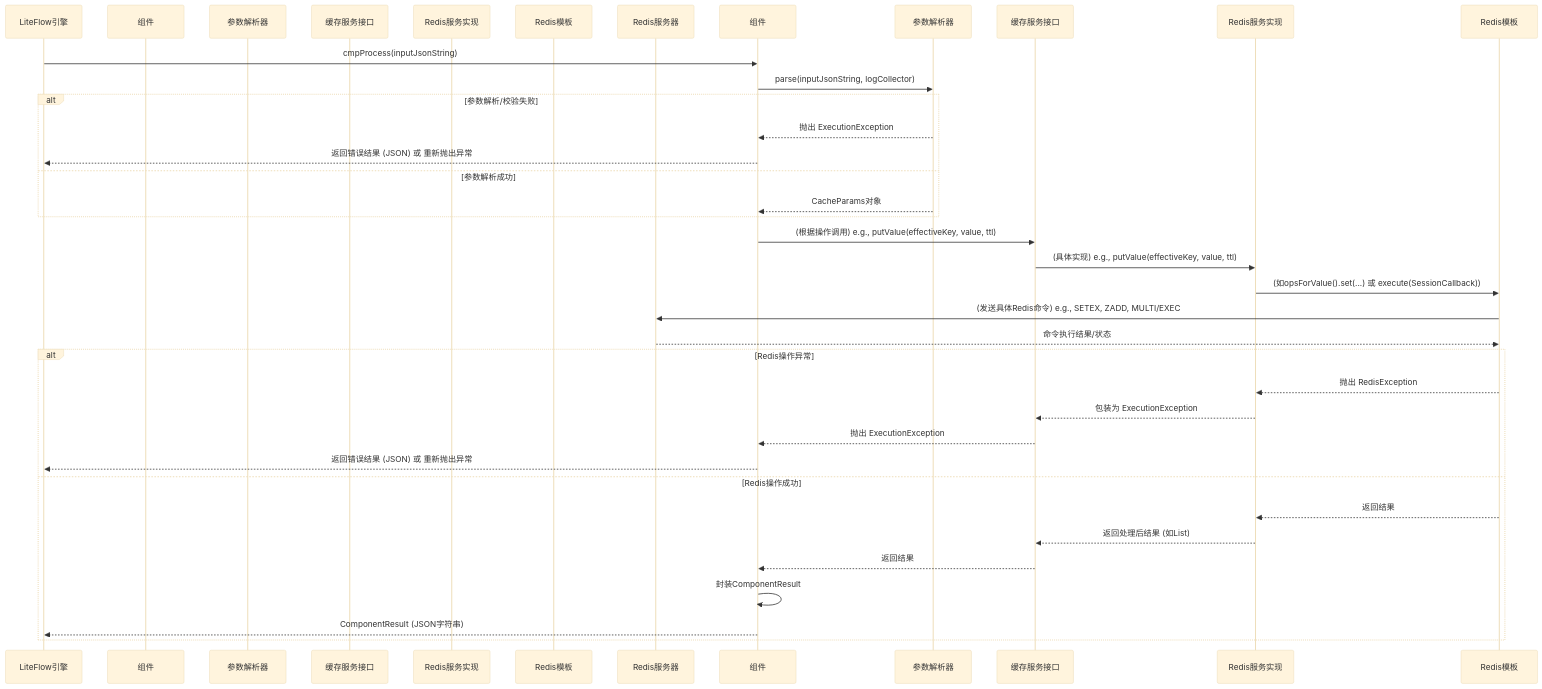
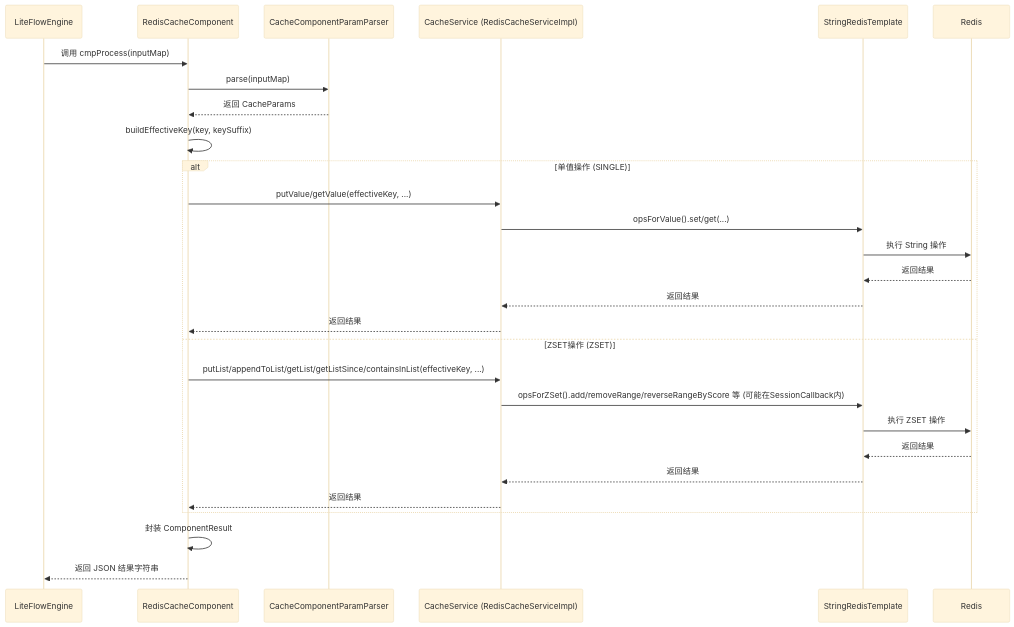
One commit to 415424865/flow-gpt-redis-cache changed the first of 2 diagrams in TECHNICAL_DESIGN_DOCUMENT_CN.md. Above: the diagram before and after it, drawn with Mermaid (base theme). The commit also changed other lines of this file, not shown here.

````diff
--- a/TECHNICAL_DESIGN_DOCUMENT_CN.md
+++ b/TECHNICAL_DESIGN_DOCUMENT_CN.md
@@ -494,36 +349,31 @@
 ```mermaid
 sequenceDiagram
-    participant LiteFlow引擎
-    participant RedisCacheComponent AS 组件
-    participant CacheComponentParamParser AS 参数解析器
-    participant CacheService AS 缓存服务接口
-    participant RedisCacheServiceImpl AS Redis服务实现
-    participant StringRedisTemplate AS Redis模板
-    participant Redis服务器
+    participant LiteFlowEngine
+    participant RedisCacheComponent
+    participant CacheComponentParamParser
+    participant CacheService (RedisCacheServiceImpl)
+    participant StringRedisTemplate
+    participant Redis
 
-    LiteFlow引擎->>组件: cmpProcess(inputJsonString)
-    组件->>参数解析器: parse(inputJsonString, logCollector)
-    alt 参数解析/校验失败
-        参数解析器-->>组件: 抛出 ExecutionException
-        组件-->>LiteFlow引擎: 返回错误结果 (JSON) 或 重新抛出异常
-    else 参数解析成功
-        参数解析器-->>组件: CacheParams对象
+    LiteFlowEngine->>RedisCacheComponent: 调用 cmpProcess(inputMap)
+    RedisCacheComponent->>CacheComponentParamParser: parse(inputMap)
+    CacheComponentParamParser-->>RedisCacheComponent: 返回 CacheParams
+    RedisCacheComponent->>RedisCacheComponent: buildEffectiveKey(key, keySuffix)
+    alt 单值操作 (SINGLE)
+        RedisCacheComponent->>CacheService (RedisCacheServiceImpl): putValue/getValue(effectiveKey, ...)
+        CacheService (RedisCacheServiceImpl)->>StringRedisTemplate: opsForValue().set/get(...)
+        StringRedisTemplate->>Redis: 执行 String 操作
+        Redis-->>StringRedisTemplate: 返回结果
+        StringRedisTemplate-->>CacheService (RedisCacheServiceImpl): 返回结果
+        CacheService (RedisCacheServiceImpl)-->>RedisCacheComponent: 返回结果
+    else ZSET操作 (ZSET)
+        RedisCacheComponent->>CacheService (RedisCacheServiceImpl): putList/appendToList/getList/getListSince/containsInList(effectiveKey, ...)
+        CacheService (RedisCacheServiceImpl)->>StringRedisTemplate: opsForZSet().add/removeRange/reverseRangeByScore 等 (可能在SessionCallback内)
+        StringRedisTemplate->>Redis: 执行 ZSET 操作
+        Redis-->>StringRedisTemplate: 返回结果
+        StringRedisTemplate-->>CacheService (RedisCacheServiceImpl): 返回结果
+        CacheService (RedisCacheServiceImpl)-->>RedisCacheComponent: 返回结果
     end
-    组件->>缓存服务接口: (根据操作调用) e.g., putValue(effectiveKey, value, ttl)
-    缓存服务接口->>Redis服务实现: (具体实现) e.g., putValue(effectiveKey, value, ttl)
-    Redis服务实现->>Redis模板: (如opsForValue().set(...) 或 execute(SessionCallback))
-    Redis模板->>Redis服务器: (发送具体Redis命令) e.g., SETEX, ZADD, MULTI/EXEC
-    Redis服务器-->>Redis模板: 命令执行结果/状态
-    alt Redis操作异常
-        Redis模板-->>Redis服务实现: 抛出 RedisException
-        Redis服务实现-->>缓存服务接口: 包装为 ExecutionException
-        缓存服务接口-->>组件: 抛出 ExecutionException
-        组件-->>LiteFlow引擎: 返回错误结果 (JSON) 或 重新抛出异常
-    else Redis操作成功
-        Redis模板-->>Redis服务实现: 返回结果
-        Redis服务实现-->>缓存服务接口: 返回处理后结果 (如List)
-        缓存服务接口-->>组件: 返回结果
-        组件->>组件: 封装ComponentResult
-        组件-->>LiteFlow引擎: ComponentResult (JSON字符串)
-    end
+    RedisCacheComponent->>RedisCacheComponent: 封装 ComponentResult
+    RedisCacheComponent-->>LiteFlowEngine: 返回 JSON 结果字符串
 ```
````
